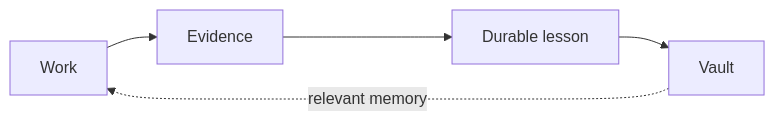
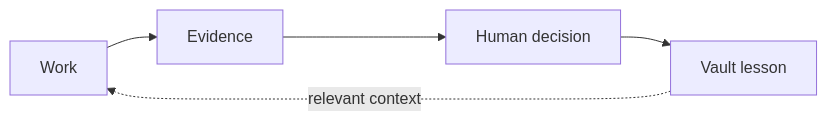
One commit to khalilmaaouni/Brother changed the diagram in docs/explanation/VAULT.md. Above: the diagram before and after it, drawn with Mermaid. The commit also changed other lines of this file and 46 other files, not shown here.

````diff
--- a/docs/explanation/VAULT.md
+++ b/docs/explanation/VAULT.md
@@ -7,7 +11,7 @@
 ```mermaid
 flowchart LR
     A[Work] --> B[Evidence]
-    B --> C[Durable lesson]
-    C --> D[Vault]
-    D -. relevant memory .-> A
+    B --> C[Human decision]
+    C --> D[Vault lesson]
+    D -. relevant context .-> A
 ```
````
